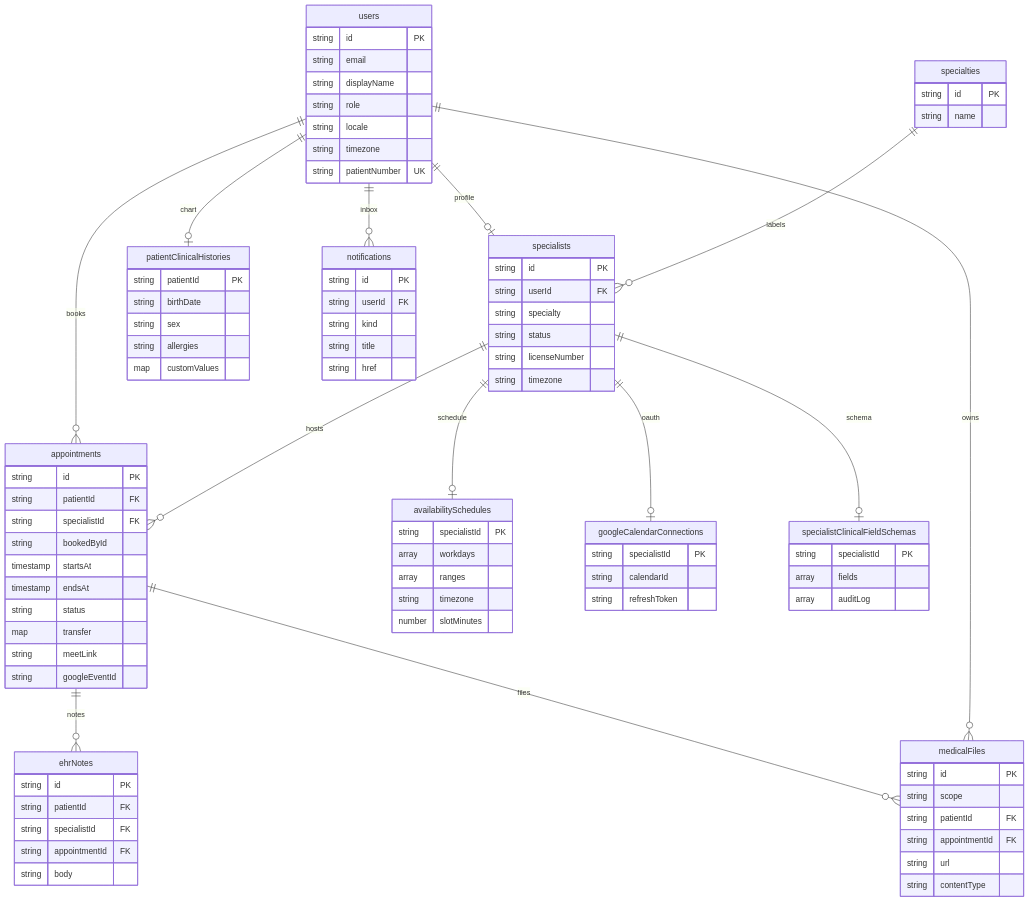
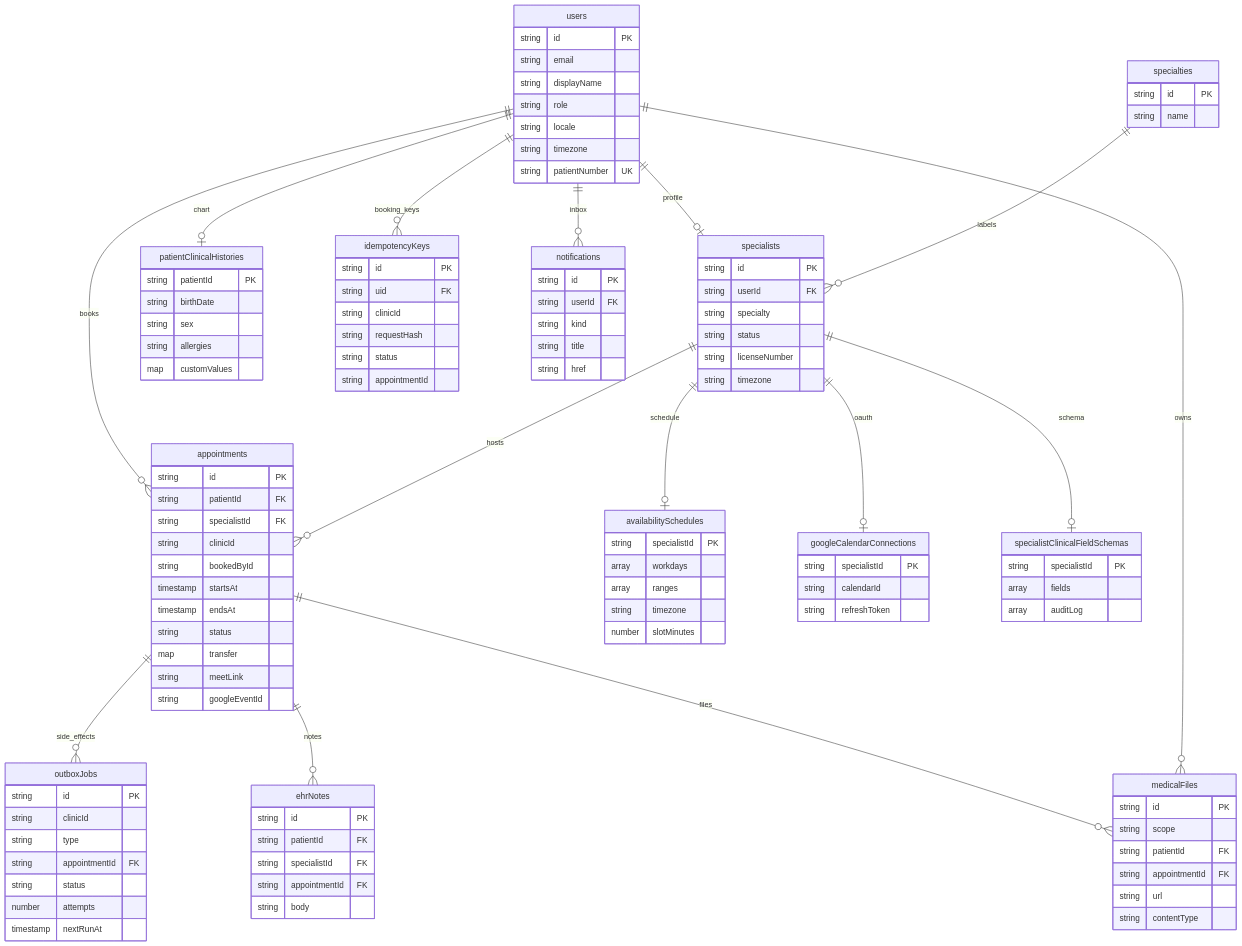
One commit to erickorso/yelena-booking changed the second of 2 diagrams in README.md. Above: the diagram before and after it, drawn with Mermaid. The commit also changed other lines of this file and 33 other files, not shown here.

First line of the commit message:
feat: outbox/cron, idempotency, clinicId y migraciones

```diff
--- a/README.md
+++ b/README.md
@@ -119,6 +121,8 @@
   users ||--o| patientClinicalHistories : chart
   users ||--o{ appointments : books
   specialists ||--o{ appointments : hosts
+  appointments ||--o{ outboxJobs : side_effects
+  users ||--o{ idempotencyKeys : booking_keys
   specialists ||--o| availabilitySchedules : schedule
   specialists ||--o| googleCalendarConnections : oauth
   specialists ||--o| specialistClinicalFieldSchemas : schema
@@ -153,6 +157,7 @@
     string id PK
     string patientId FK
     string specialistId FK
+    string clinicId
     string bookedById
     timestamp startsAt
     timestamp endsAt
@@ -160,6 +165,23 @@
     map transfer
     string meetLink
     string googleEventId
+  }
+  outboxJobs {
+    string id PK
+    string clinicId
+    string type
+    string appointmentId FK
+    string status
+    number attempts
+    timestamp nextRunAt
+  }
+  idempotencyKeys {
+    string id PK
+    string uid FK
+    string clinicId
+    string requestHash
+    string status
+    string appointmentId
   }
   availabilitySchedules {
     string specialistId PK
```
